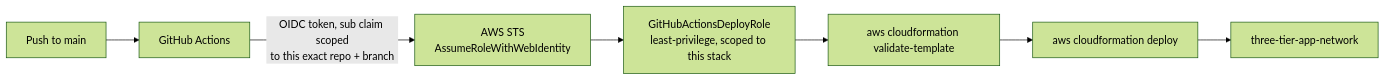
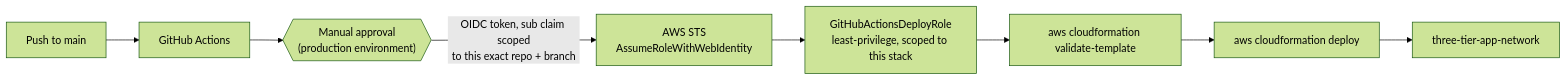
Before and after one commit to bdahiya2007/three-tier-web-app-aws: the second of 2 diagrams in README.md, drawn with Mermaid (forest theme). The commit also changed other lines of this file and 2 other files, not shown here.

````diff
--- a/README.md
+++ b/README.md
@@ -78,9 +79,10 @@
 ```mermaid
 flowchart LR
     Push[Push to main] --> GHA[GitHub Actions]
-    GHA -->|OIDC token, sub claim scoped<br/>to this exact repo + branch| STS[AWS STS<br/>AssumeRoleWithWebIdentity]
+    GHA --> Approval{{"Manual approval<br/>(production environment)"}}
+    Approval -->|OIDC token, sub claim scoped<br/>to this exact repo + branch| STS[AWS STS<br/>AssumeRoleWithWebIdentity]
     STS --> Role[GitHubActionsDeployRole<br/>least-privilege, scoped to this stack]
     Role --> Validate[aws cloudformation validate-template]
     Validate --> Deploy[aws cloudformation deploy]
     Deploy --> Stack[three-tier-app-network]
 ```
````
